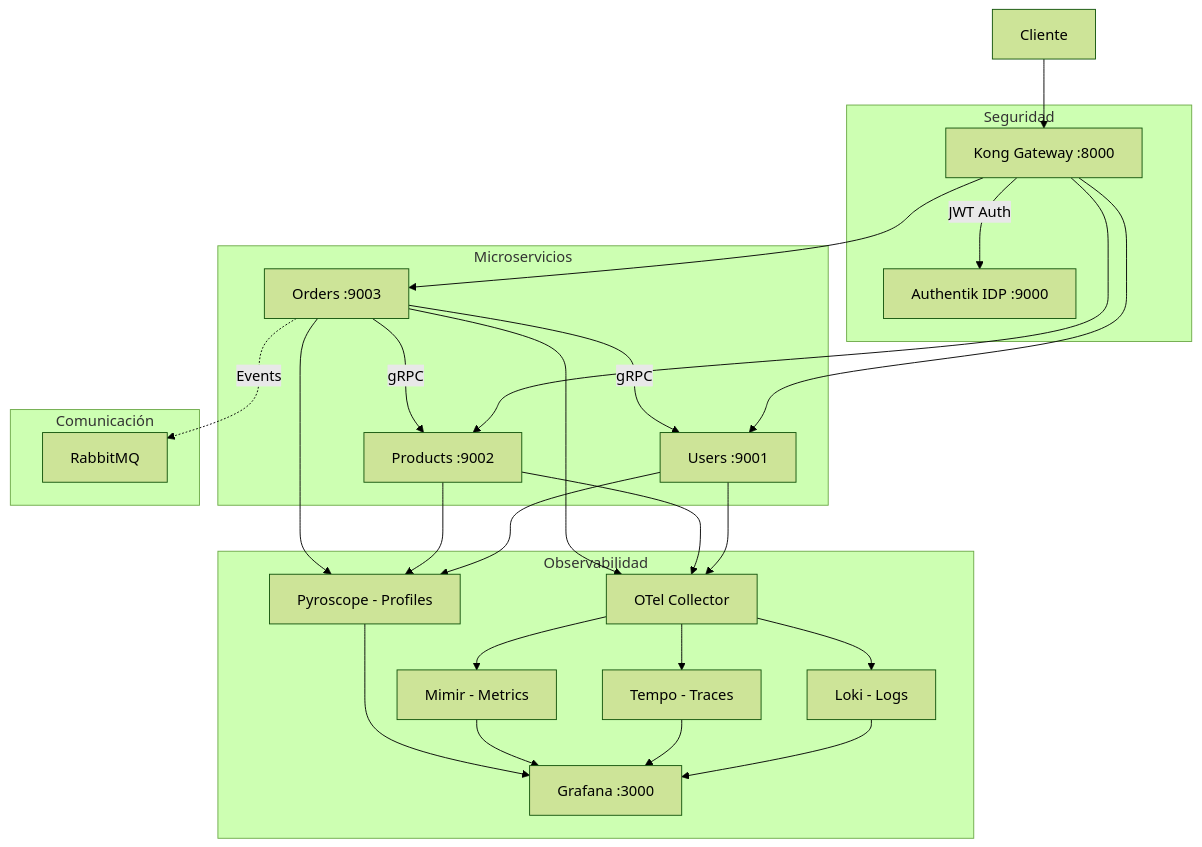
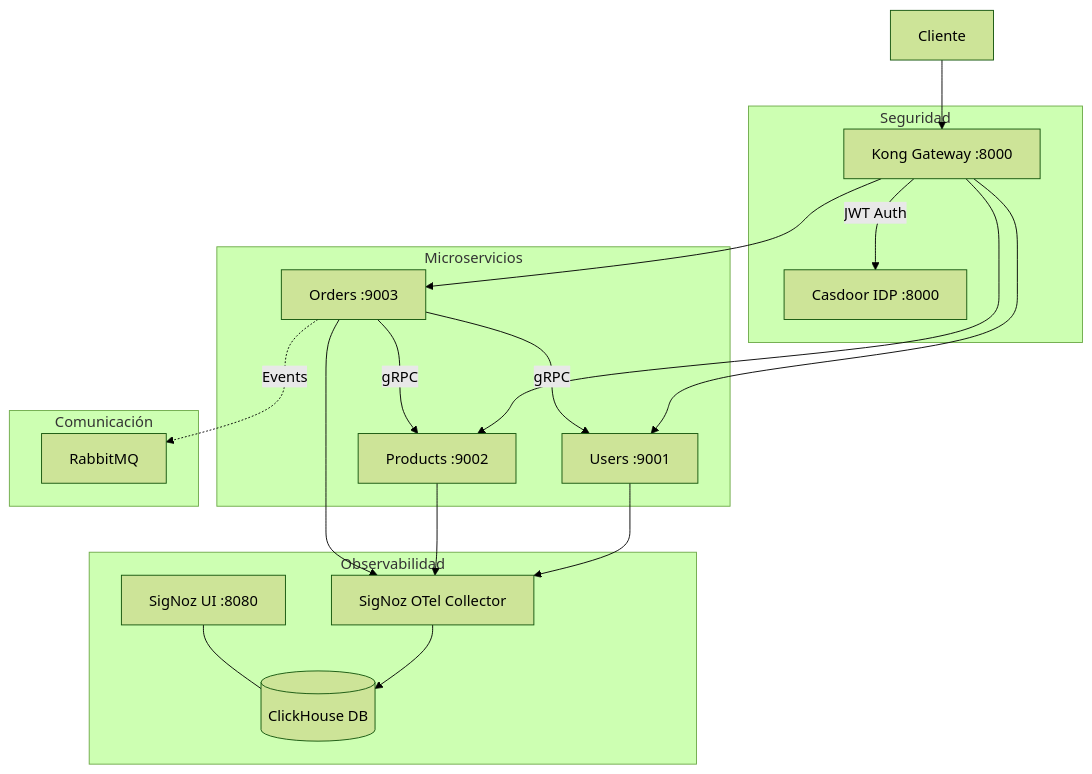
One commit to bleidertcs/ecommerce-microservices changed the diagram in ECOMMERCE_SERVICES.md. Above: the diagram before and after it, drawn with Mermaid (forest theme). The commit also changed other lines of this file and 52 other files, not shown here.

````diff
--- a/ECOMMERCE_SERVICES.md
+++ b/ECOMMERCE_SERVICES.md
@@ -36,34 +36,30 @@
 ```mermaid
 graph TD
     Client[Cliente] --> Kong[Kong Gateway :8000]
 
     subgraph "Seguridad"
-        Kong --> |JWT Auth| AK[Authentik IDP :9000]
+        Kong --> |JWT Auth| CD[Casdoor IDP :8000]
     end
 
     subgraph "Microservicios"
         Kong --> Users[Users :9001]
         Kong --> Products[Products :9002]
         Kong --> Orders[Orders :9003]
     end
 
     subgraph "Comunicación"
         Orders --> |gRPC| Users
         Orders --> |gRPC| Products
         Orders -.-> |Events| RMQ[RabbitMQ]
     end
 
     subgraph "Observabilidad"
-        OTEL[OTel Collector]
-        Loki[Loki - Logs]
-        Tempo[Tempo - Traces]
-        Mimir[Mimir - Metrics]
-        Pyro[Pyroscope - Profiles]
-        Grafana[Grafana :3000]
+        OTEL[SigNoz OTel Collector]
+        CH[(ClickHouse DB)]
+        SN[SigNoz UI :8080]
 
         Users & Products & Orders --> OTEL
-        OTEL --> Loki & Tempo & Mimir
-        Users & Products & Orders --> Pyro
-        Loki & Tempo & Mimir & Pyro --> Grafana
+        OTEL --> CH
+        SN --- CH
     end
 ```
````
